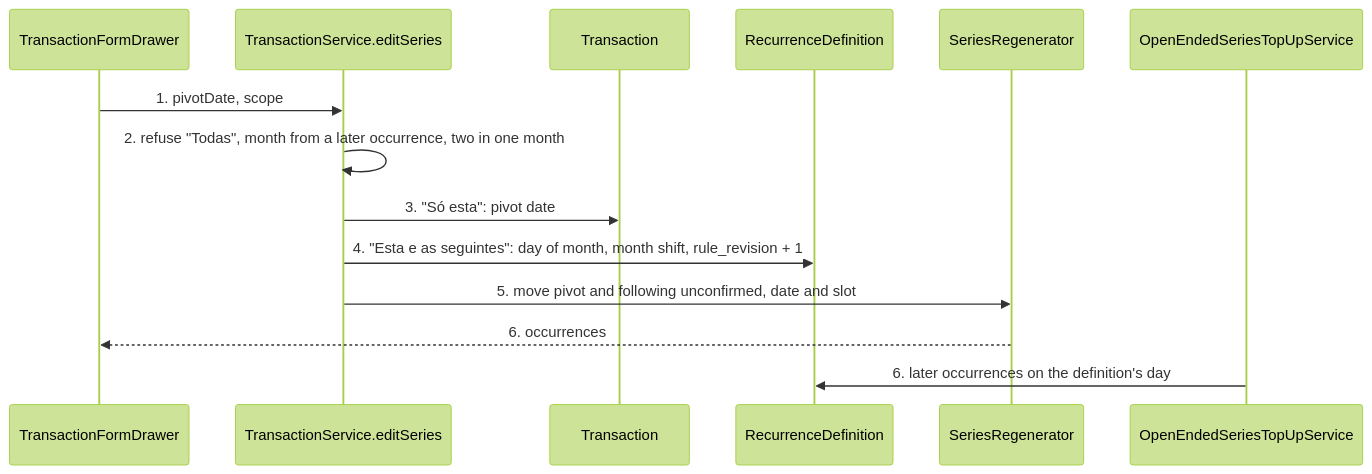
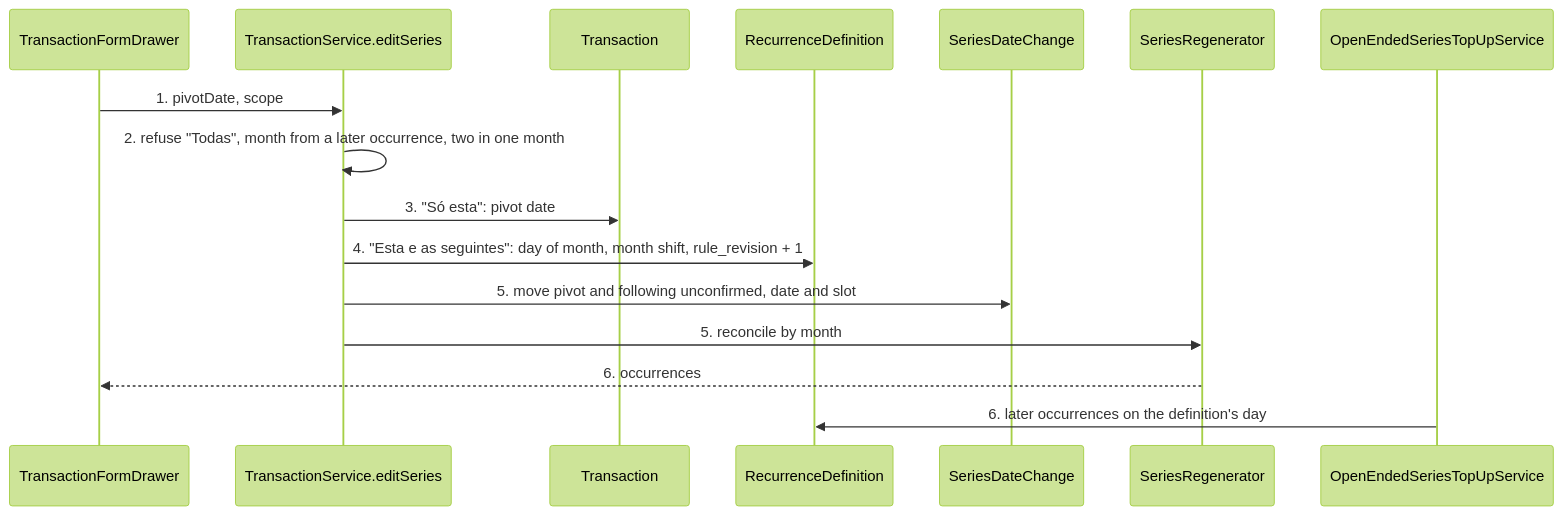
One commit to lcsmrt/findraco changed the first of 2 diagrams in .specs/features/series-day-edit/plan.md. Above: the diagram before and after it, drawn with Mermaid (forest theme). The commit also changed other lines of this file and 7 other files, not shown here.

First line of the commit message:
feat(transaction): change a series' day and month from an occurrence

````diff
--- a/.specs/features/series-day-edit/plan.md
+++ b/.specs/features/series-day-edit/plan.md
@@ -38,16 +40,18 @@
 ```mermaid
 sequenceDiagram
     participant F as TransactionFormDrawer
     participant S as TransactionService.editSeries
     participant X as Transaction
     participant D as RecurrenceDefinition
+    participant C as SeriesDateChange
     participant R as SeriesRegenerator
     participant T as OpenEndedSeriesTopUpService
     F->>S: 1. pivotDate, scope
     S->>S: 2. refuse "Todas", month from a later occurrence, two in one month
     S->>X: 3. "Só esta": pivot date
     S->>D: 4. "Esta e as seguintes": day of month, month shift, rule_revision + 1
-    S->>R: 5. move pivot and following unconfirmed, date and slot
+    S->>C: 5. move pivot and following unconfirmed, date and slot
+    S->>R: 5. reconcile by month
     R-->>F: 6. occurrences
     T->>D: 6. later occurrences on the definition's day
 ```
````
